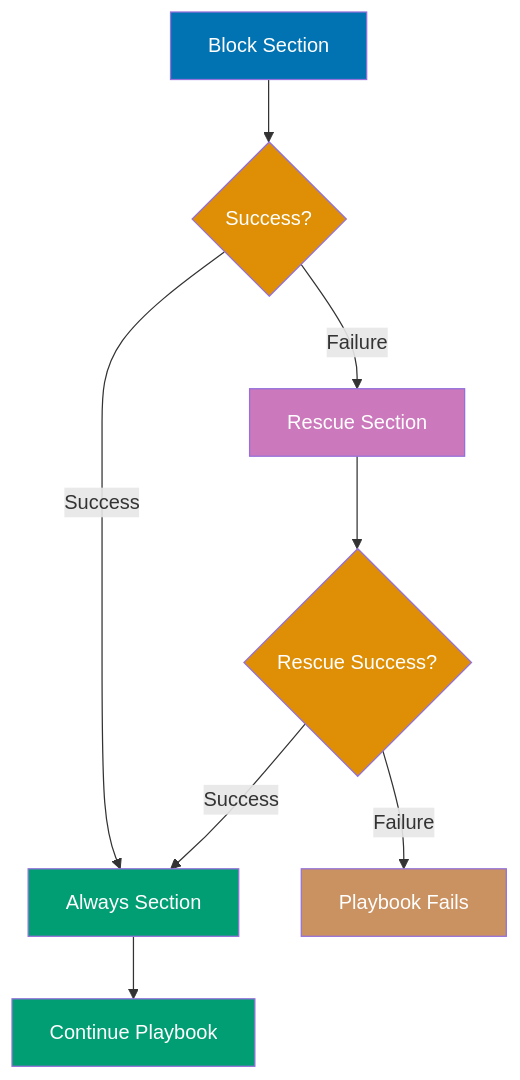
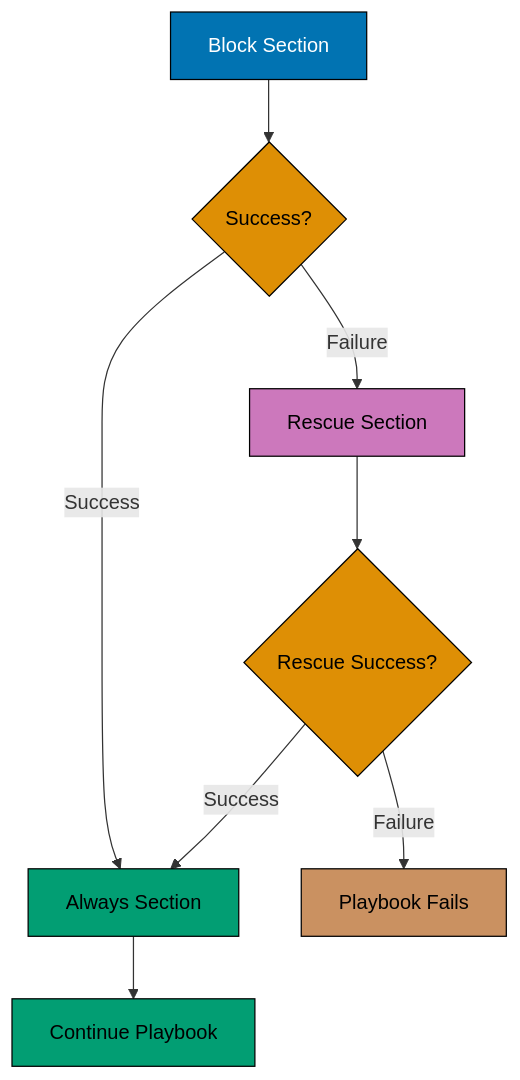
Before and after one commit to wahidyankf/ose-public: the tenth of 11 diagrams in apps/ayokoding-www/content/en/learn/legacy/software-engineering/infrastructure/tools/ansible/by-example/intermediate.md, drawn with Mermaid. The commit also changed other lines of this file and 131 other files, not shown here.

First line of the commit message:
fix(mermaid): bring the legacy data, infrastructure, and testing diagrams onto the accessible palette

````diff
--- a/apps/ayokoding-www/content/en/learn/legacy/software-engineering/infrastructure/tools/ansible/by-example/intermediate.md
+++ b/apps/ayokoding-www/content/en/learn/legacy/software-engineering/infrastructure/tools/ansible/by-example/intermediate.md
@@ -3405,19 +3471,27 @@
 ```mermaid
 %% Color Palette: Blue #0173B2, Orange #DE8F05, Teal #029E73, Purple #CC78BC, Brown #CA9161
 graph TD
+ accTitle: Example 49: Block, Rescue, and Always
+ accDescr: Graph with 7 nodes and 7 connections. Nodes: Block Section, Success?, Always Section, Rescue Section, Rescue Success?, Playbook Fails, Continue Playbook. Connections: Block Section to Success?, Success? to Always Section (Success), Success? to Rescue Section (Failure), Rescue Section to Rescue Success?, Rescue Success? to Always Section (Success), Rescue Success? to Playbook Fails (Failure), Always Section to Continue Playbook.
  A["Block Section"] --> B{Success?}
  B -->|Success| C["Always Section"]
  B -->|Failure| D["Rescue Section"]
  D --> E{Rescue Success?}
  E -->|Success| C
  E -->|Failure| F["Playbook Fails"]
  C --> G["Continue Playbook"]
 
- style A fill:#0173B2,color:#fff
- style B fill:#DE8F05,color:#fff
- style D fill:#CC78BC,color:#fff
- style C fill:#029E73,color:#fff
- style E fill:#DE8F05,color:#fff
- style F fill:#CA9161,color:#fff
- style G fill:#029E73,color:#fff
+ classDef pal-0173B2 fill:#0173B2,stroke:#000000,color:#FFFFFF
+ class A pal-0173B2
+ classDef pal-DE8F05 fill:#DE8F05,stroke:#000000,color:#000000
+ class B pal-DE8F05
+ classDef pal-CC78BC fill:#CC78BC,stroke:#000000,color:#000000
+ class D pal-CC78BC
+ classDef pal-029E73 fill:#029E73,stroke:#000000,color:#000000
+ class C pal-029E73
+ class E pal-DE8F05
+ classDef pal-CA9161 fill:#CA9161,stroke:#000000,color:#000000
+ class F pal-CA9161
+ class G pal-029E73
+ classDef default fill:#FFFFFF,stroke:#000000,color:#000000
 ```
````
